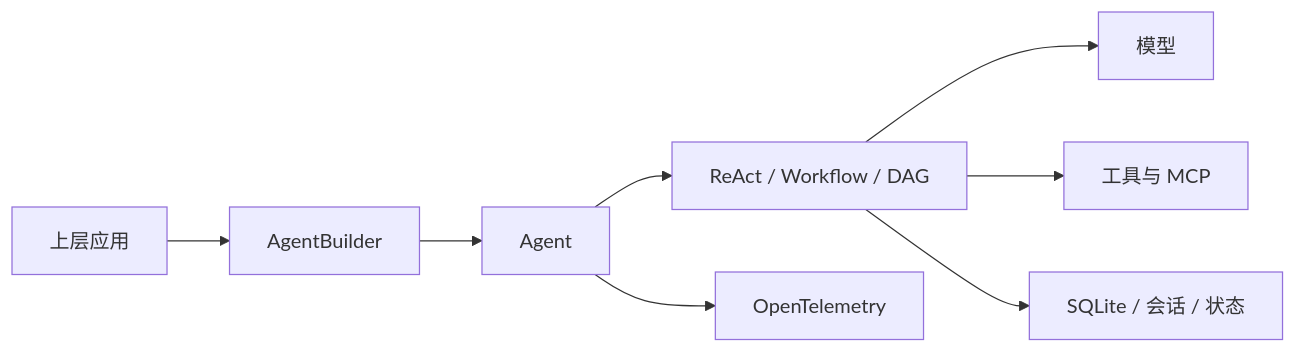
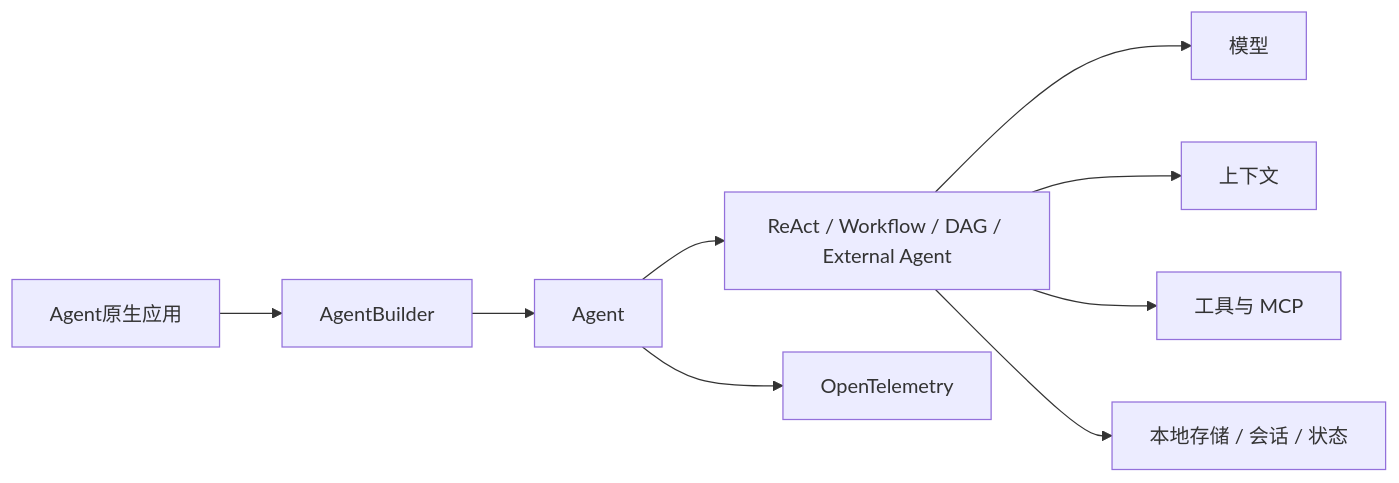
Before and after one commit to Penglai-Link/eliteforge-agent-framework: the diagram in README.md, drawn with Mermaid. The commit also changed other lines of this file and 96 other files, not shown here.

````diff
--- a/README.md
+++ b/README.md
@@ -48,10 +23,11 @@
 ```mermaid
 flowchart LR
-    Application[上层应用] --> Builder[AgentBuilder]
+    Application[Agent原生应用] --> Builder[AgentBuilder]
     Builder --> Agent[Agent]
-    Agent --> Loop[ReAct / Workflow / DAG]
+    Agent --> Loop[ReAct / Workflow / DAG / External Agent]
     Loop --> Model[模型]
+    Loop --> Context[上下文]
     Loop --> Tool[工具与 MCP]
-    Loop --> Store[SQLite / 会话 / 状态]
+    Loop --> Store[本地存储 / 会话 / 状态]
     Agent --> OTel[OpenTelemetry]
 ```
````
